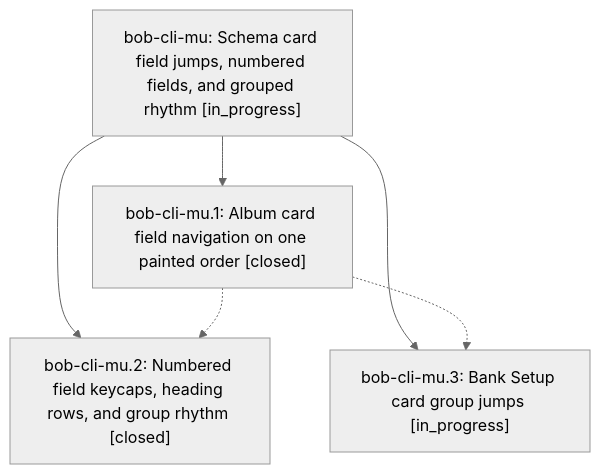
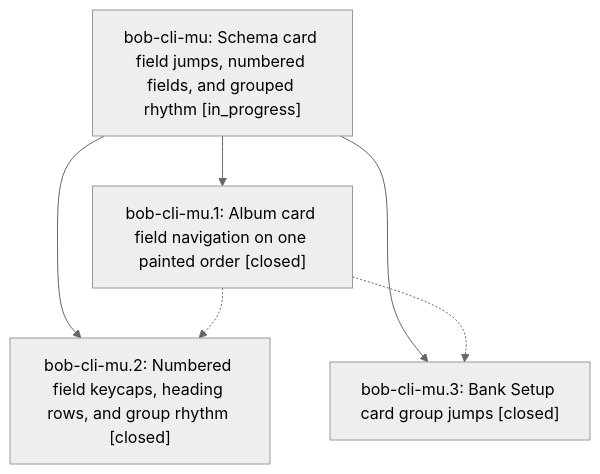
The diagram in pages/bob-cli-mu/README.md (bobs-org/bob-cli--beads), drawn with Mermaid (neutral theme) before and after one commit. The commit also changed other lines of this file and 3 other files, not shown here.

First line of the commit message:
chore(beads): sync bead state and pages for bob-cli-mu

````diff
--- a/pages/bob-cli-mu/README.md
+++ b/pages/bob-cli-mu/README.md
@@ -36,12 +36,12 @@
 ```mermaid
 flowchart TD
     n0["bob-cli-mu: Schema card field jumps, numbered fields, and grouped rhythm [in_progress]"]
     n1["bob-cli-mu.1: Album card field navigation on one painted order [closed]"]
     n2["bob-cli-mu.2: Numbered field keycaps, heading rows, and group rhythm [closed]"]
-    n3["bob-cli-mu.3: Bank Setup card group jumps [in_progress]"]
+    n3["bob-cli-mu.3: Bank Setup card group jumps [closed]"]
     n0 --> n1
     n0 --> n2
     n0 --> n3
     n1 -.-> n2
     n1 -.-> n3
 ```
````
